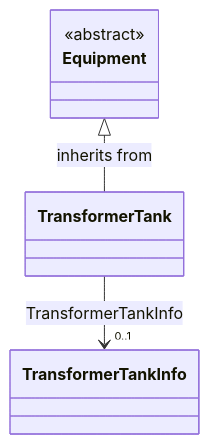
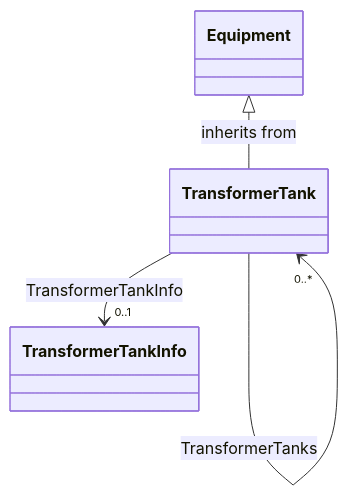
Before and after one commit to PNNL-CIM-Tools/CIM-Graph: the sixth of 14 diagrams in cimgraph/data_profile/cim18gmdm/asset/Asset.rdfs-t2b.md, drawn with Mermaid. The commit also changed other lines of this file and 4 other files, not shown here.

````diff
--- a/cimgraph/data_profile/cim18gmdm/asset/Asset.rdfs-t2b.md
+++ b/cimgraph/data_profile/cim18gmdm/asset/Asset.rdfs-t2b.md
@@ -332,17 +319,8 @@
 ```mermaid
 classDiagram
-direction TB
-
-class TransformerTank {
+class TransformerTank{
 }
-
-class Equipment {
-<<abstract>>
-}
-
 Equipment <|-- TransformerTank : inherits from
-class TransformerTankInfo {
-}
-
 TransformerTank --> "0..1" TransformerTankInfo : TransformerTankInfo
+TransformerTank --> "0..*" TransformerTank : TransformerTanks
 ```
````
